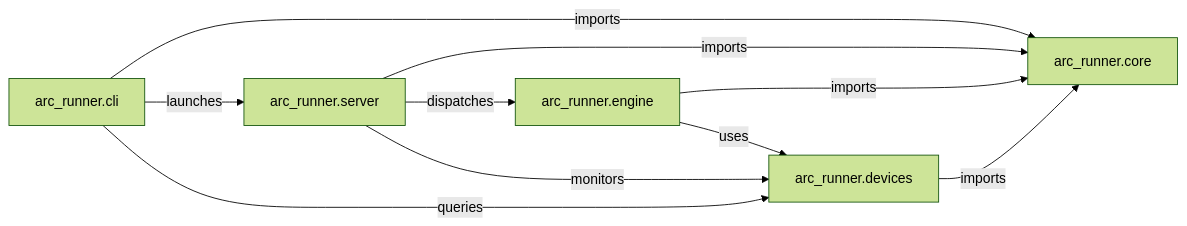
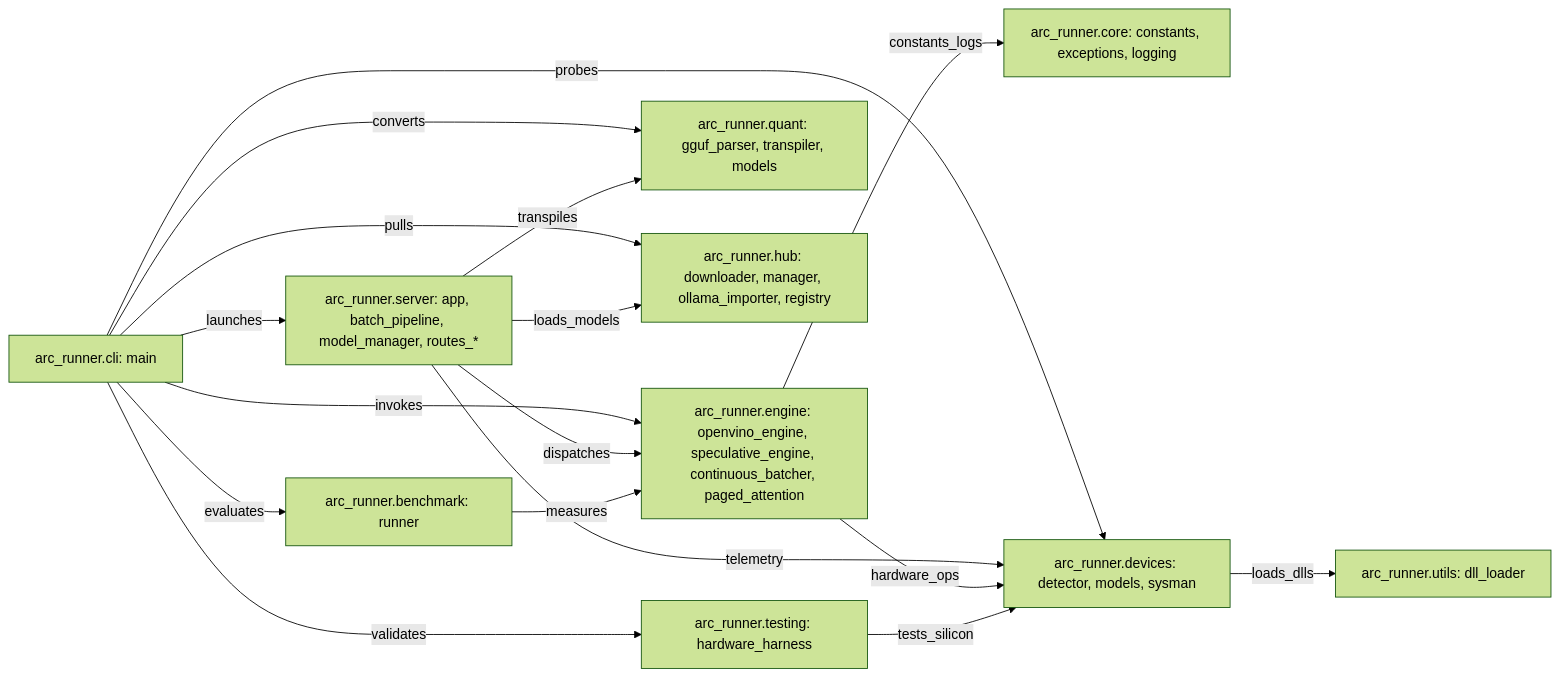
One commit to techdeveloper-org/intel-arc-models-runner changed the diagram in uml/package_diagram.md. Above: the diagram before and after it, drawn with Mermaid (forest theme). The commit also changed other lines of this file and 27 other files, not shown here.

First line of the commit message:
docs(arch): synchronize 13-diagram SDLC architecture suite and Draw.io models with mathematical proofs (fixes #22)

````diff
--- a/uml/package_diagram.md
+++ b/uml/package_diagram.md
@@ -5,17 +5,29 @@
 ```mermaid
 flowchart LR
-    arc_runner_cli["arc_runner.cli"]
-    arc_runner_server["arc_runner.server"]
-    arc_runner_core["arc_runner.core"]
-    arc_runner_devices["arc_runner.devices"]
-    arc_runner_engine["arc_runner.engine"]
-    arc_runner_cli -->|imports| arc_runner_core
+    arc_runner_core["arc_runner.core: constants, exceptions, logging"]
+    arc_runner_devices["arc_runner.devices: detector, models, sysman"]
+    arc_runner_engine["arc_runner.engine: openvino_engine, speculative_engine, continuous_batcher, paged_attention"]
+    arc_runner_quant["arc_runner.quant: gguf_parser, transpiler, models"]
+    arc_runner_hub["arc_runner.hub: downloader, manager, ollama_importer, registry"]
+    arc_runner_server["arc_runner.server: app, batch_pipeline, model_manager, routes_*"]
+    arc_runner_cli["arc_runner.cli: main"]
+    arc_runner_benchmark["arc_runner.benchmark: runner"]
+    arc_runner_testing["arc_runner.testing: hardware_harness"]
+    arc_runner_utils["arc_runner.utils: dll_loader"]
     arc_runner_cli -->|launches| arc_runner_server
-    arc_runner_cli -->|queries| arc_runner_devices
-    arc_runner_server -->|imports| arc_runner_core
+    arc_runner_cli -->|invokes| arc_runner_engine
+    arc_runner_cli -->|probes| arc_runner_devices
+    arc_runner_cli -->|pulls| arc_runner_hub
+    arc_runner_cli -->|converts| arc_runner_quant
+    arc_runner_cli -->|evaluates| arc_runner_benchmark
+    arc_runner_cli -->|validates| arc_runner_testing
     arc_runner_server -->|dispatches| arc_runner_engine
-    arc_runner_server -->|monitors| arc_runner_devices
-    arc_runner_engine -->|imports| arc_runner_core
-    arc_runner_engine -->|uses| arc_runner_devices
-    arc_runner_devices -->|imports| arc_runner_core
+    arc_runner_server -->|telemetry| arc_runner_devices
+    arc_runner_server -->|loads_models| arc_runner_hub
+    arc_runner_server -->|transpiles| arc_runner_quant
+    arc_runner_engine -->|hardware_ops| arc_runner_devices
+    arc_runner_engine -->|constants_logs| arc_runner_core
+    arc_runner_devices -->|loads_dlls| arc_runner_utils
+    arc_runner_benchmark -->|measures| arc_runner_engine
+    arc_runner_testing -->|tests_silicon| arc_runner_devices
 ```
````
